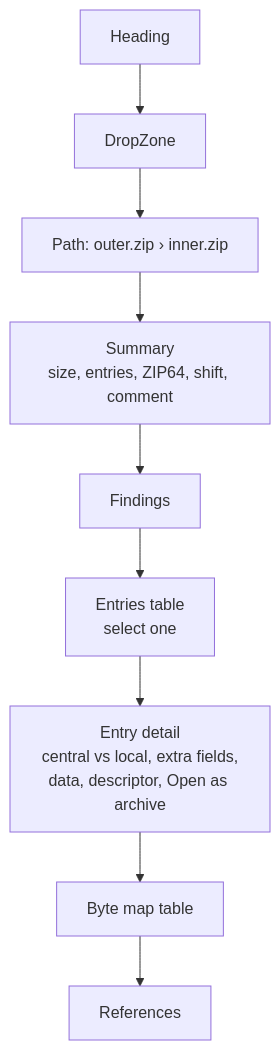
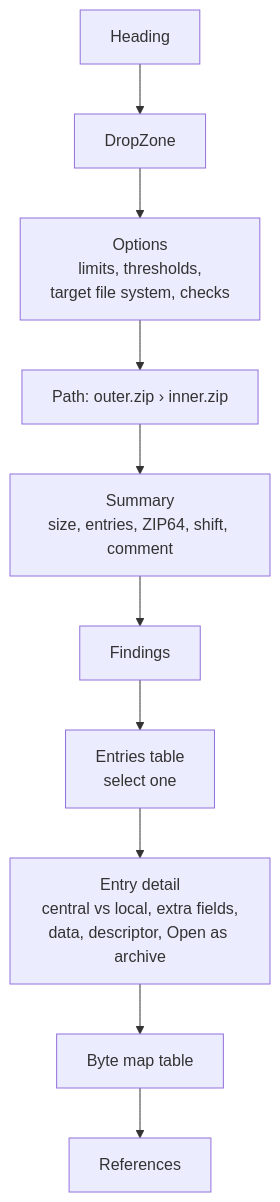
The third of 4 diagrams in docs/explanation/zip-architecture.md (photom/benchside), drawn with Mermaid before and after one commit. The commit also changed other lines of this file and 45 other files, not shown here.

Commit message:
Add ZIP security checks, reader disagreement, and parameters (#5)

````diff
--- a/docs/explanation/zip-architecture.md
+++ b/docs/explanation/zip-architecture.md
@@ -84,11 +91,12 @@
 ```mermaid
 flowchart TD
   h[Heading] --> drop[DropZone]
-  drop --> crumbs["Path: outer.zip › inner.zip"]
+  drop --> options["Options<br/>limits, thresholds,<br/>target file system, checks"]
+  options --> crumbs["Path: outer.zip › inner.zip"]
   crumbs --> summary["Summary<br/>size, entries, ZIP64, shift, comment"]
   summary --> findings[Findings]
   findings --> entries["Entries table<br/>select one"]
   entries --> detail["Entry detail<br/>central vs local, extra fields,<br/>data, descriptor, Open as archive"]
   detail --> map["Byte map table"]
   map --> refs[References]
 ```
````
